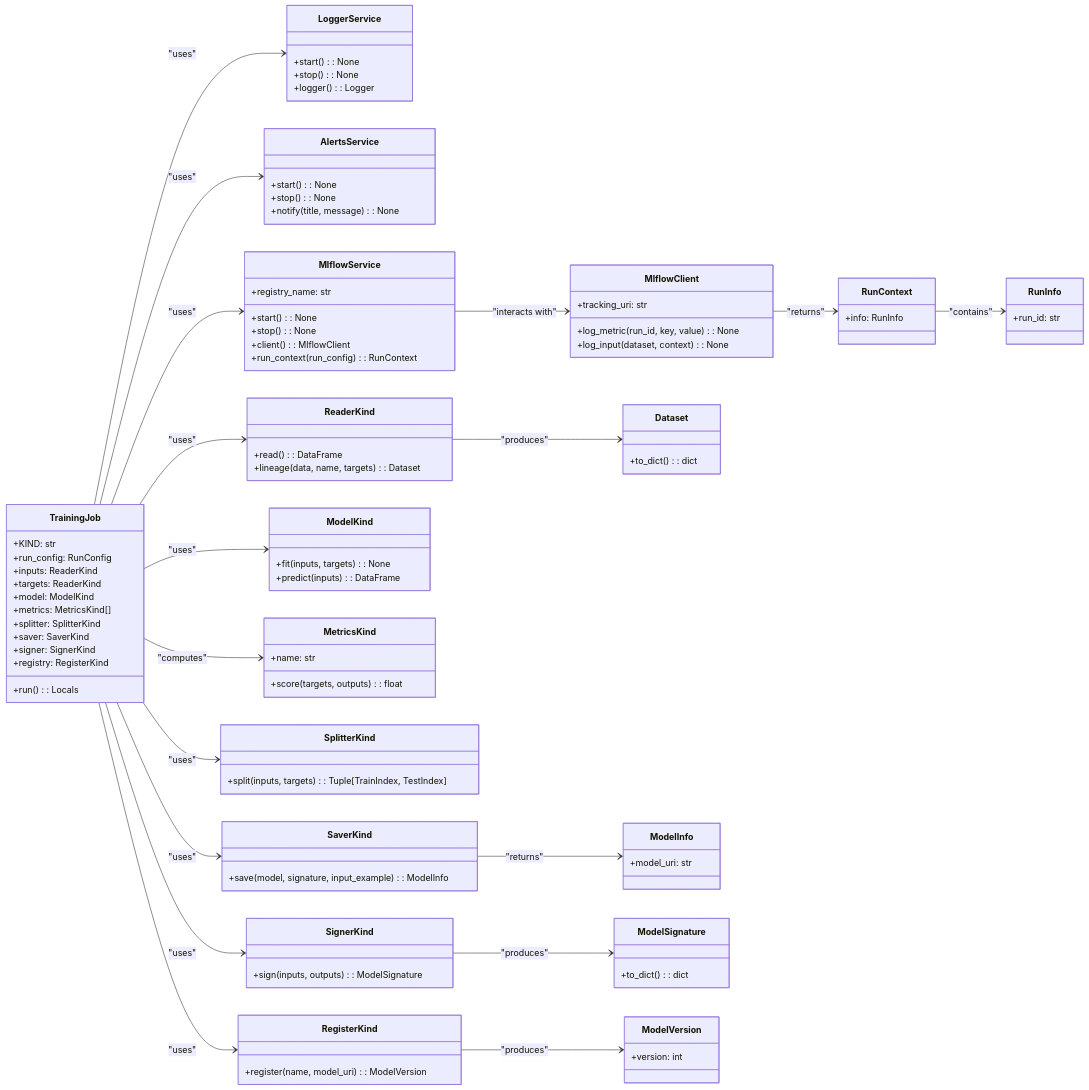
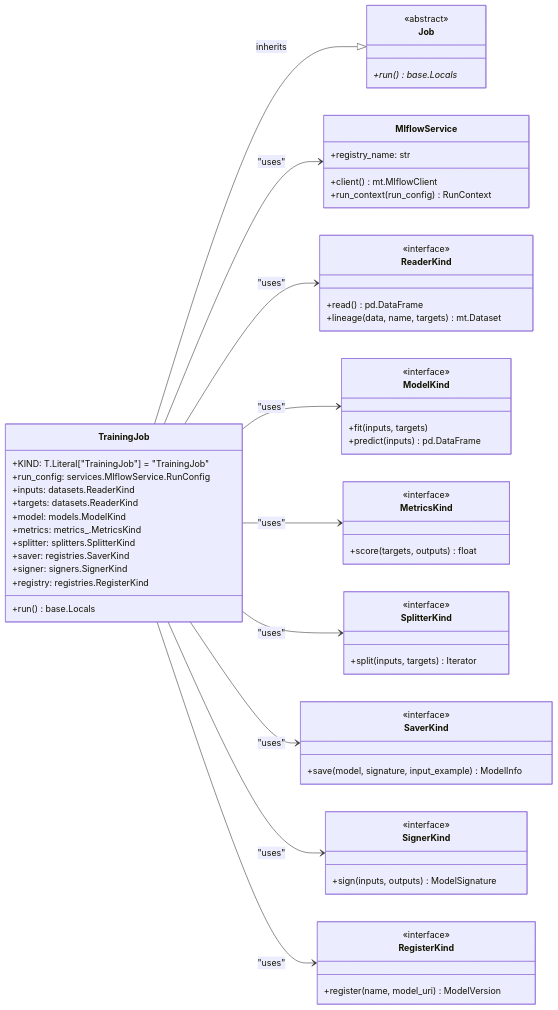
One commit to lgcorzo/mlops-python-package changed the diagram in Documents/Trainning_stories.md. Above: the diagram before and after it, drawn with Mermaid. The commit also changed other lines of this file and 21 other files, not shown here.

````diff
--- a/Documents/Trainning_stories.md
+++ b/Documents/Trainning_stories.md
@@ -27,116 +26,74 @@
 classDiagram
     direction LR
     class TrainingJob {
-        +KIND: str
-        +run_config: RunConfig
-        +inputs: ReaderKind
-        +targets: ReaderKind
-        +model: ModelKind
-        +metrics: MetricsKind[]
-        +splitter: SplitterKind
-        +saver: SaverKind
-        +signer: SignerKind
-        +registry: RegisterKind
-        +run() : Locals
+        +KIND: T.Literal["TrainingJob"] = "TrainingJob"
+        +run_config: services.MlflowService.RunConfig
+        +inputs: datasets.ReaderKind
+        +targets: datasets.ReaderKind
+        +model: models.ModelKind
+        +metrics: metrics_.MetricsKind
+        +splitter: splitters.SplitterKind
+        +saver: registries.SaverKind
+        +signer: signers.SignerKind
+        +registry: registries.RegisterKind
+        +run() base.Locals
     }
 
-    class LoggerService {
-        +start() : None
-        +stop() : None
-        +logger() : Logger
+    class Job {
+        <<abstract>>
+        +run()* base.Locals
     }
-
-    class AlertsService {
-        +start() : None
-        +stop() : None
-        +notify(title, message) : None
-    }
+    TrainingJob --|> Job : inherits
 
     class MlflowService {
-        +start() : None
-        +stop() : None
-        +client() : MlflowClient
-        +run_context(run_config) : RunContext
+        +client() mt.MlflowClient
+        +run_context(run_config) RunContext
         +registry_name: str
     }
 
-    class MlflowClient {
-        +log_metric(run_id, key, value) : None
-        +log_input(dataset, context) : None
-        +tracking_uri: str
-    }
-
-    class RunContext {
-        +info: RunInfo
-    }
-
-    class RunInfo {
-        +run_id: str
-    }
-
     class ReaderKind {
-        +read() : DataFrame
-        +lineage(data, name, targets) : Dataset
-    }
-
-    class Dataset {
-        +to_dict() : dict
+        <<interface>>
+        +read() pd.DataFrame
+        +lineage(data, name, targets) mt.Dataset
     }
 
     class ModelKind {
-        +fit(inputs, targets) : None
-        +predict(inputs) : DataFrame
+        <<interface>>
+        +fit(inputs, targets)
+        +predict(inputs) pd.DataFrame
     }
 
     class MetricsKind {
-        +name: str
-        +score(targets, outputs) : float
+        <<interface>>
+        +score(targets, outputs) float
     }
 
     class SplitterKind {
-        +split(inputs, targets) : Tuple[TrainIndex, TestIndex]
+        <<interface>>
+        +split(inputs, targets) Iterator
     }
 
     class SaverKind {
-        +save(model, signature, input_example) : ModelInfo
-    }
-
-    class ModelInfo {
-        +model_uri: str
+        <<interface>>
+        +save(model, signature, input_example) ModelInfo
     }
 
     class SignerKind {
-        +sign(inputs, outputs) : ModelSignature
-    }
-
-    class ModelSignature {
-        +to_dict() : dict
+        <<interface>>
+        +sign(inputs, outputs) ModelSignature
     }
 
     class RegisterKind {
-        +register(name, model_uri) : ModelVersion
+        <<interface>>
+        +register(name, model_uri) ModelVersion
     }
 
-    class ModelVersion {
-        +version: int
-    }
-
-    TrainingJob --> LoggerService : "uses"
-    TrainingJob --> AlertsService : "uses"
     TrainingJob --> MlflowService : "uses"
-    MlflowService --> MlflowClient : "interacts with"
-    MlflowClient --> RunContext : "returns"
-    RunContext --> RunInfo : "contains"
     TrainingJob --> ReaderKind : "uses"
-    ReaderKind --> Dataset : "produces"
     TrainingJob --> ModelKind : "uses"
-    TrainingJob --> MetricsKind : "computes"
+    TrainingJob --> MetricsKind : "uses"
     TrainingJob --> SplitterKind : "uses"
     TrainingJob --> SaverKind : "uses"
-    SaverKind --> ModelInfo : "returns"
     TrainingJob --> SignerKind : "uses"
-    SignerKind --> ModelSignature : "produces"
     TrainingJob --> RegisterKind : "uses"
-    RegisterKind --> ModelVersion : "produces"
-
 ```
````
